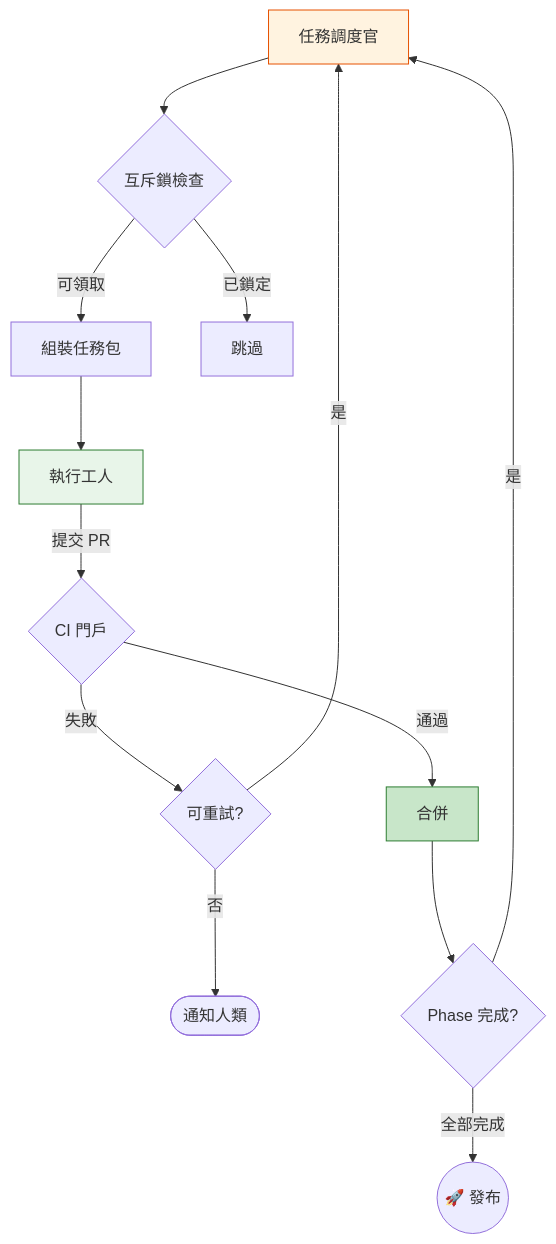
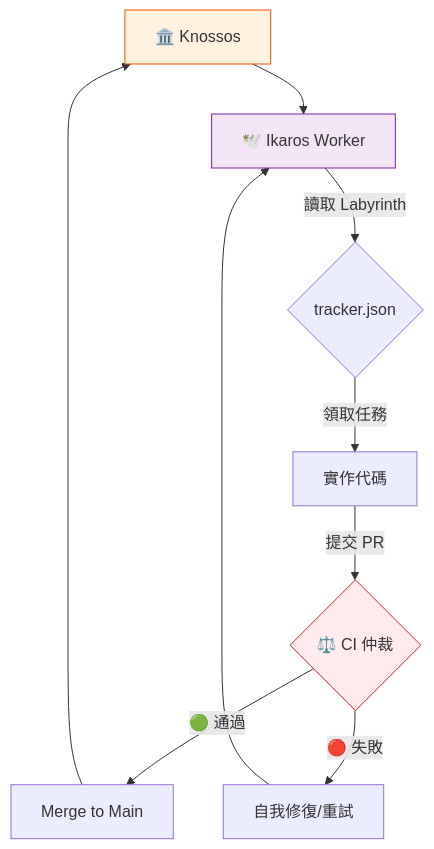
The third of 3 diagrams in docs/FACTORY_WORKFLOW.qmd (tibame201020/Daedal), drawn with Mermaid before and after one commit. The commit also changed other lines of this file and 6 other files, not shown here.

````diff
--- a/docs/FACTORY_WORKFLOW.qmd
+++ b/docs/FACTORY_WORKFLOW.qmd
@@ -81,19 +71,15 @@
 ```{mermaid}
 graph TD
-    Disp[任務調度官] --> Lock{互斥鎖檢查}
-    Lock -- 可領取 --> Pack[組裝任務包]
-    Lock -- 已鎖定 --> Skip[跳過]
-    Pack --> Worker[執行工人]
-    Worker -- 提交 PR --> CI{CI 門戶}
-    CI -- 通過 --> Merge[合併]
-    CI -- 失敗 --> Retry{可重試?}
-    Retry -- 是 --> Disp
-    Retry -- 否 --> Human([通知人類])
-    Merge --> Phase{Phase 完成?}
-    Phase -- 是 --> Disp
-    Phase -- 全部完成 --> Done((🚀 發布))
+    Knossos[🏛️ Knossos] --> Ikaros[🕊️ Ikaros Worker]
+    Ikaros -- "讀取 Labyrinth" --> Lab{tracker.json}
+    Lab -- "領取任務" --> Impl[實作代碼]
+    Impl -- "提交 PR" --> CI{⚖️ CI 仲裁}
+    CI -- "🟢 通過" --> Merge[Merge to Main]
+    CI -- "🔴 失敗" --> Recover[自我修復/重試]
+    Merge --> Knossos
+    Recover --> Ikaros
 
-    style Disp fill:#fff3e0,stroke:#e65100
-    style Worker fill:#e8f5e9,stroke:#2e7d32
-    style Merge fill:#c8e6c9,stroke:#2e7d32
+    style Knossos fill:#fff3e0,stroke:#e65100
+    style Ikaros fill:#f3e5f5,stroke:#7b1fa2
+    style CI fill:#ffebee,stroke:#c62828
 ```
````
